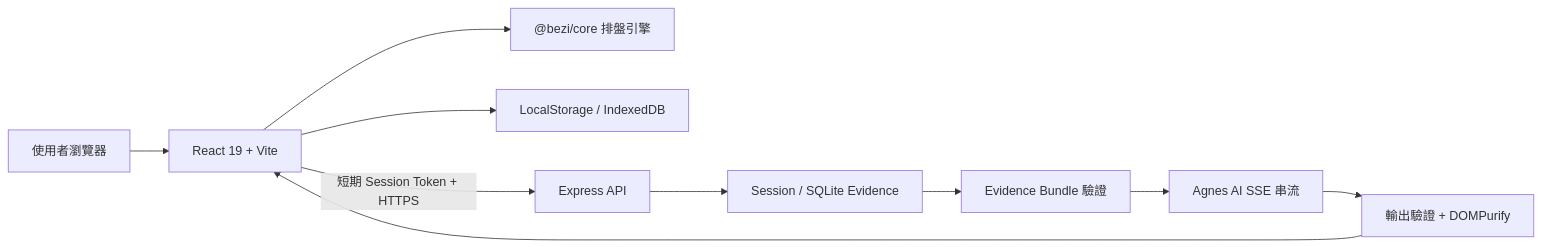
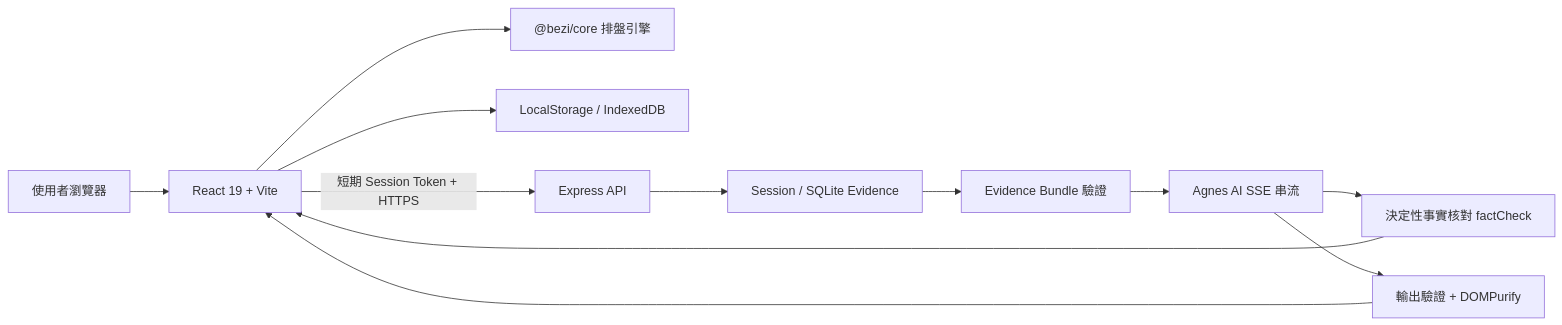
The diagram in README.md (yungtang20/bezi-ai), drawn with Mermaid before and after one commit. The commit also changed other lines of this file and 2 other files, not shown here.

````diff
--- a/README.md
+++ b/README.md
@@ -50,12 +50,14 @@
 ```mermaid
 flowchart LR
     U["使用者瀏覽器"] --> UI["React 19 + Vite"]
     UI --> CORE["@bezi/core 排盤引擎"]
     UI --> LOCAL["LocalStorage / IndexedDB"]
     UI -->|"短期 Session Token + HTTPS"| API["Express API"]
     API --> EVIDENCE["Session / SQLite Evidence"]
     EVIDENCE --> GATE["Evidence Bundle 驗證"]
     GATE --> AI["Agnes AI SSE 串流"]
+    AI --> FACT["決定性事實核對 factCheck"]
     AI --> SANITIZE["輸出驗證 + DOMPurify"]
+    FACT --> UI
     SANITIZE --> UI
 ```
````
